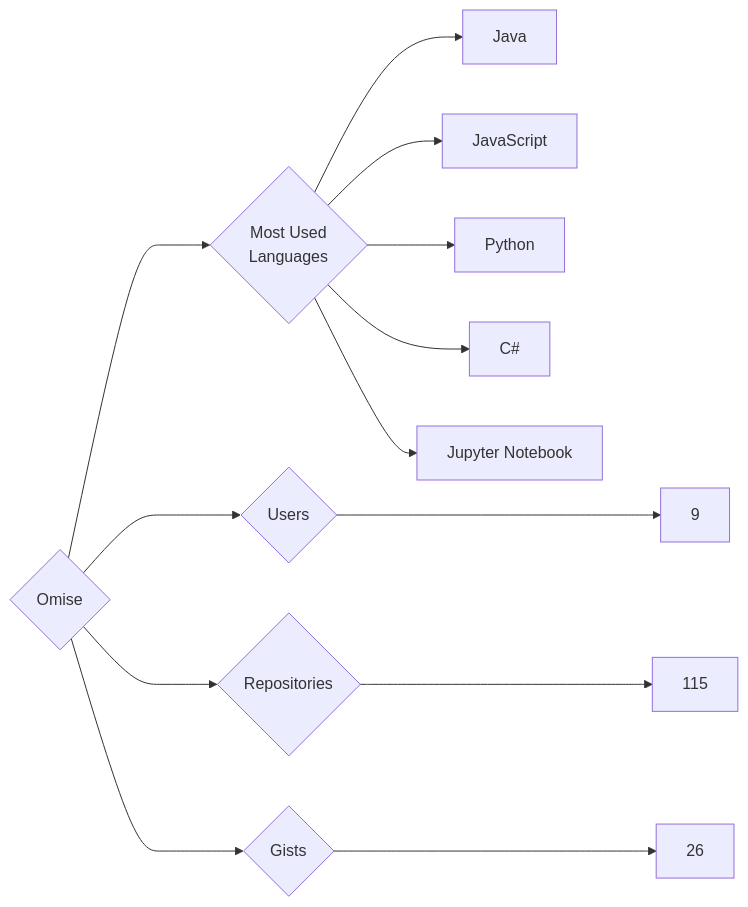
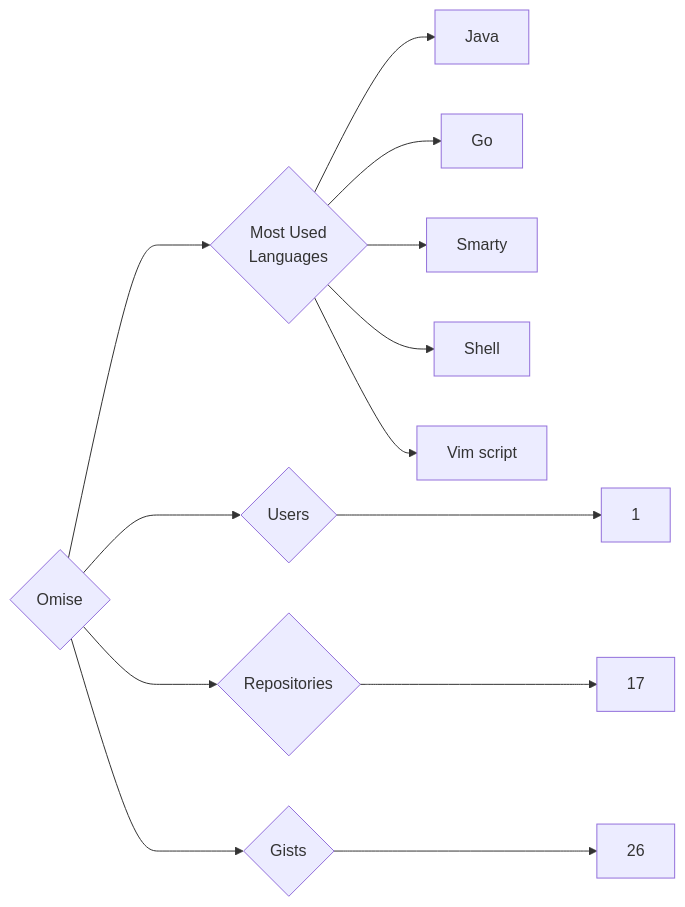
One commit to trickest/insiders changed the diagram in targets/Omise/README.md. Above: the diagram before and after it, drawn with Mermaid. The commit also changed 682 other files, not shown here.

````diff
--- a/targets/Omise/README.md
+++ b/targets/Omise/README.md
@@ -3,13 +3,13 @@
 ```mermaid
 graph LR
 COMPANY_NAME{Omise}
-COMPANY_NAME ---> U{Users} ---> UN[9]
-COMPANY_NAME ---> R{Repositories} ---> RN[115]
+COMPANY_NAME ---> U{Users} ---> UN[1]
+COMPANY_NAME ---> R{Repositories} ---> RN[17]
 COMPANY_NAME ---> G{Gists} ---> GN[26]
 COMPANY_NAME ---> ML{Most Used<br>Languages}
 ML --> Java[Java]
-ML --> JavaScript[JavaScript]
-ML --> Python[Python]
-ML --> C#[C#]
-ML --> Jupyter_Notebook[Jupyter Notebook]
+ML --> Go[Go]
+ML --> Smarty[Smarty]
+ML --> Shell[Shell]
+ML --> Vim_script[Vim script]
 ```
````
